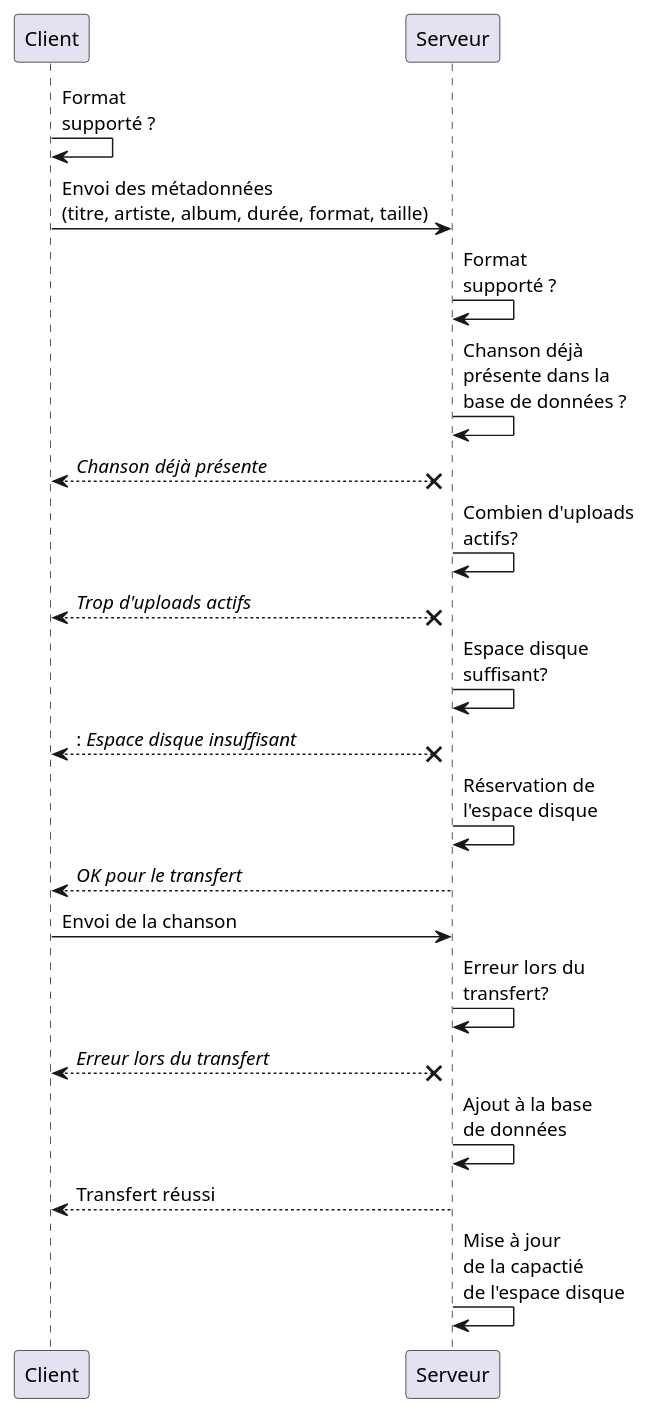
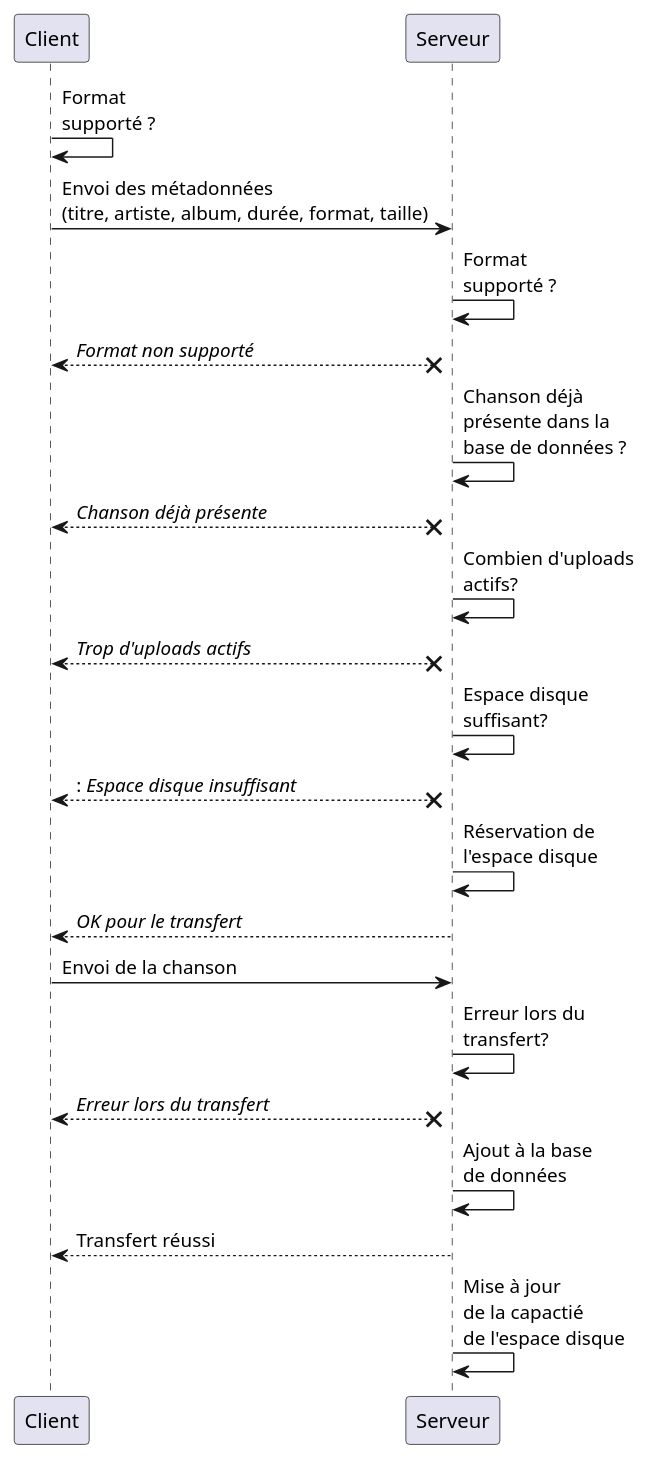
One commit to heig-vd-pro2017/projet changed the diagram in Sequence.plantuml. Above: the diagram before and after it, drawn with PlantUML. The commit also changed 2 other files, not shown here.

```diff
--- a/Sequence.plantuml
+++ b/Sequence.plantuml
@@ -1,38 +1,40 @@
 @startuml
 
 
 Client -> Client : Format\nsupporté ?
 
 Client -> Serveur : Envoi des métadonnées\n(titre, artiste, album, durée, format, taille)
 
 Serveur -> Serveur: Format\nsupporté ?
+
+Client <--x Serveur : <i>Format non supporté</i>
 
 Serveur -> Serveur : Chanson déjà\nprésente dans la\nbase de données ?
 
 Client <--x Serveur : <i>Chanson déjà présente</i>
 
 Serveur -> Serveur : Combien d'uploads\nactifs?
 
 Client <--x Serveur : <i>Trop d'uploads actifs</i>
 
 Serveur -> Serveur : Espace disque\nsuffisant?
 
 Client <--x Serveur : : <i>Espace disque insuffisant</i>
 
 Serveur -> Serveur : Réservation de\nl'espace disque
 
 Client <-- Serveur : <i>OK pour le transfert</i>
 
 Client -> Serveur : Envoi de la chanson
 
 Serveur -> Serveur : Erreur lors du\ntransfert?
 
 Client <--x Serveur : <i>Erreur lors du transfert</i>
 
 Serveur -> Serveur : Ajout à la base\nde données
 
 Client <-- Serveur : Transfert réussi
 
 Serveur -> Serveur : Mise à jour\nde la capactié\nde l'espace disque
 
 @enduml
```
